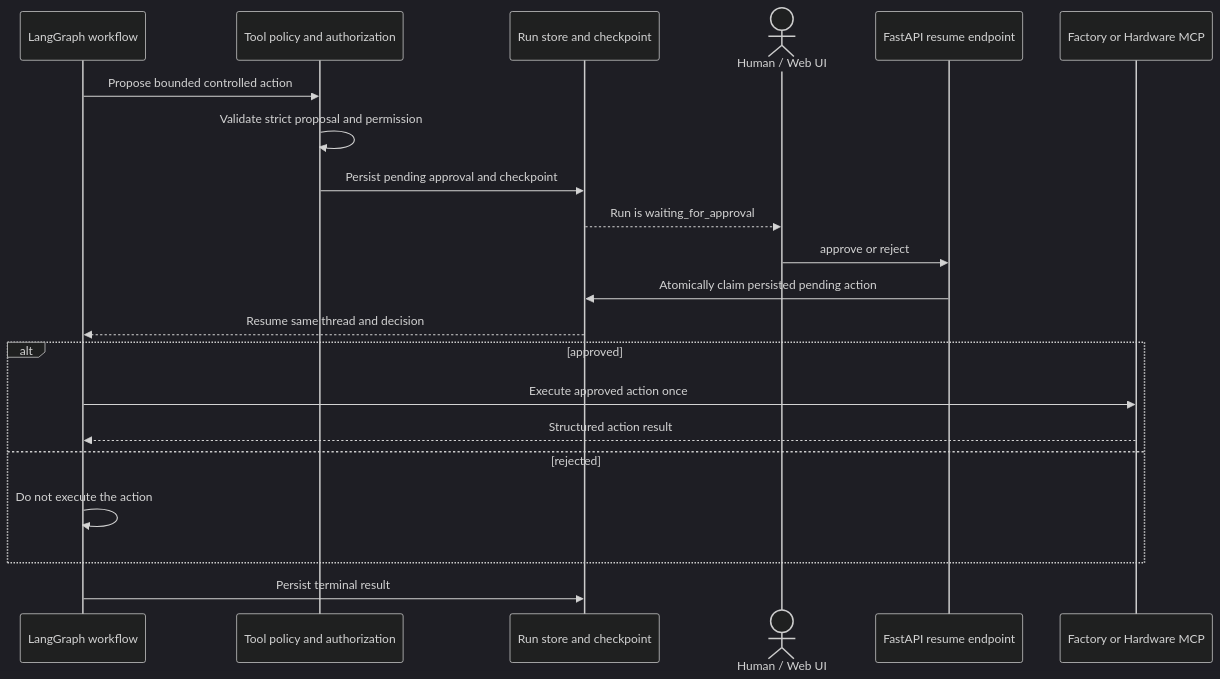
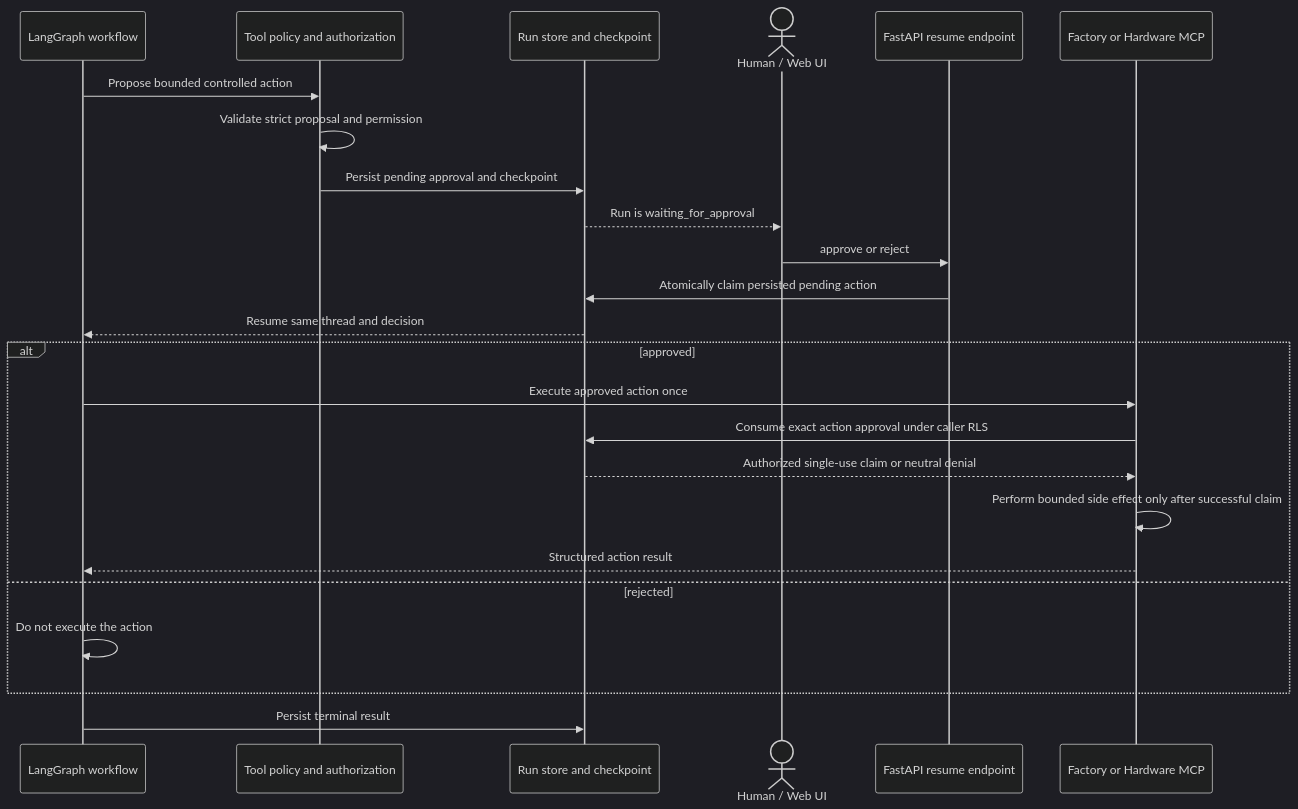
Diagram 20 of 21 in docs/architecture/overview.md (aboerzel/industrial-ai-agent), drawn with Mermaid (dark theme) before and after one commit. The commit also changed other lines of this file and 25 other files, not shown here.

Commit message:
fix(security): enforce authoritative HITL approval at action execution

````diff
--- a/docs/architecture/overview.md
+++ b/docs/architecture/overview.md
@@ -1339,24 +1350,27 @@
 ```mermaid
 sequenceDiagram
     participant Agent as LangGraph workflow
     participant Policy as Tool policy and authorization
     participant Store as Run store and checkpoint
     actor Human as Human / Web UI
     participant Resume as FastAPI resume endpoint
     participant Action as Factory or Hardware MCP
 
     Agent->>Policy: Propose bounded controlled action
     Policy->>Policy: Validate strict proposal and permission
     Policy->>Store: Persist pending approval and checkpoint
     Store-->>Human: Run is waiting_for_approval
     Human->>Resume: approve or reject
     Resume->>Store: Atomically claim persisted pending action
     Store-->>Agent: Resume same thread and decision
     alt approved
         Agent->>Action: Execute approved action once
+        Action->>Store: Consume exact action approval under caller RLS
+        Store-->>Action: Authorized single-use claim or neutral denial
+        Action->>Action: Perform bounded side effect only after successful claim
         Action-->>Agent: Structured action result
     else rejected
         Agent->>Agent: Do not execute the action
     end
     Agent->>Store: Persist terminal result
 ```
````
